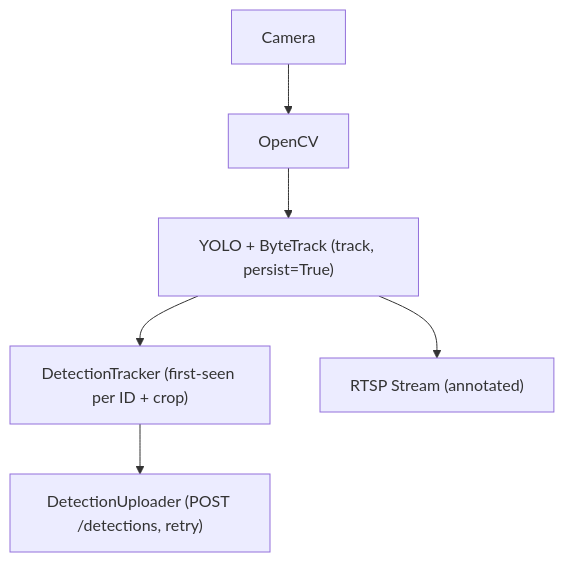
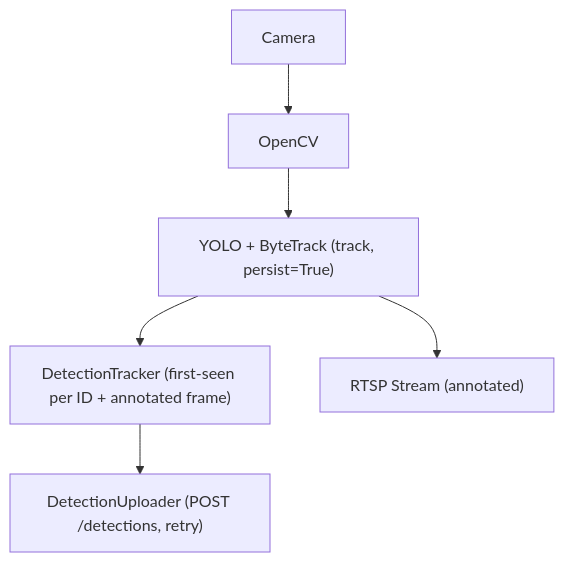
One commit to vclane/vclane-docs changed the second of 2 diagrams in docs/edge-device.md. Above: the diagram before and after it, drawn with Mermaid. The commit also changed other lines of this file and 4 other files, not shown here.

Commit message:
docs: detections upload full annotated frame instead of crop

````diff
--- a/docs/edge-device.md
+++ b/docs/edge-device.md
@@ -86,8 +86,8 @@
 ```mermaid
 graph TD
     Camera --> OpenCV
     OpenCV --> TRACK["YOLO + ByteTrack (track, persist=True)"]
-    TRACK --> Detect["DetectionTracker (first-seen per ID + crop)"]
+    TRACK --> Detect["DetectionTracker (first-seen per ID + annotated frame)"]
     Detect --> Upload["DetectionUploader (POST /detections, retry)"]
     TRACK --> RTSP["RTSP Stream (annotated)"]
 ```
````
